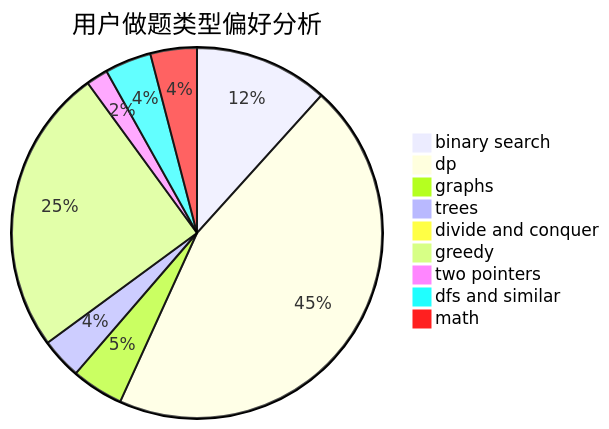
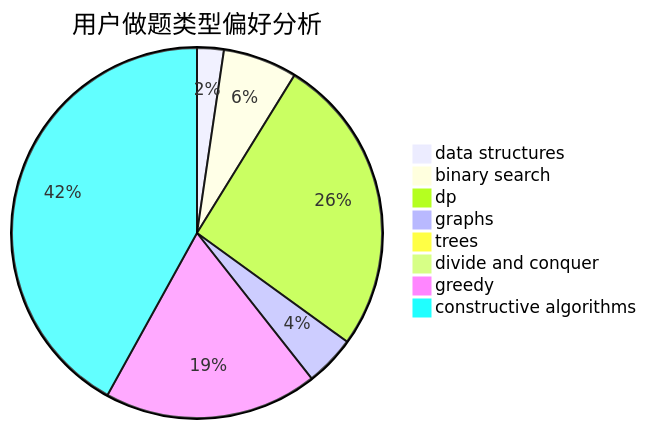
The second of 3 diagrams in docs/user/u316.md (sherpahu/cfrs.github.io), drawn with Mermaid before and after one commit. The commit also changed other lines of this file and 2775 other files, not shown here.

````diff
--- a/docs/user/u316.md
+++ b/docs/user/u316.md
@@ -23,12 +23,11 @@
 ```mermaid
 pie title 用户做题类型偏好分析
-    "binary search" :  49
-    "dp" :  189
-    "graphs" :  19
-    "trees" :  15
+    "data structures" :  9
+    "binary search" :  25
+    "dp" :  101
+    "graphs" :  17
+    "trees" :  3
     "divide and conquer" :  0
-    "greedy" :  105
-    "two pointers" :  8
-    "dfs and similar" :  17
-    "math" :  17
+    "greedy" :  72
+    "constructive algorithms" :  162
 ```
````
